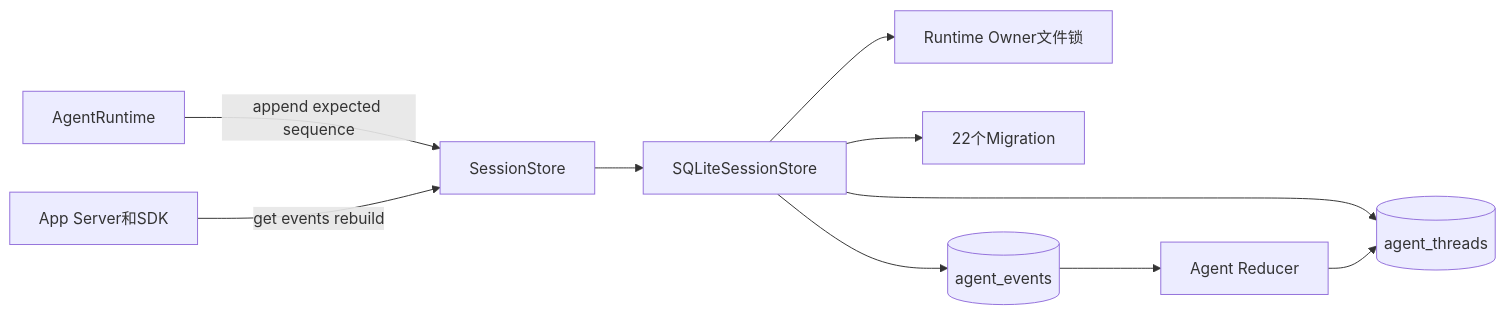
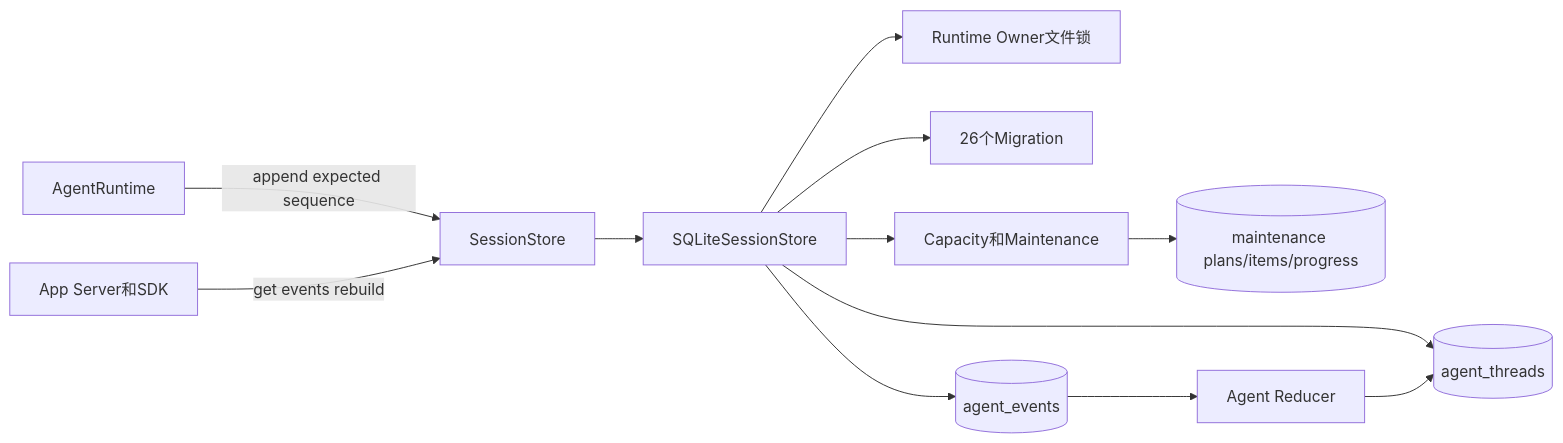
One commit to carrie1988/Harnessix changed the first of 9 diagrams in docs/modules/session.md. Above: the diagram before and after it, drawn with Mermaid. The commit also changed other lines of this file and 16 other files, not shown here.

````diff
--- a/docs/modules/session.md
+++ b/docs/modules/session.md
@@ -102,12 +105,14 @@
 ```mermaid
 flowchart LR
     Runtime[AgentRuntime] -->|append expected sequence| Port[SessionStore]
     App[App Server和SDK] -->|get events rebuild| Port
     Port --> SQLite[SQLiteSessionStore]
     SQLite --> Lock[Runtime Owner文件锁]
-    SQLite --> Migration[22个Migration]
+    SQLite --> Migration[26个Migration]
     SQLite --> Events[(agent_events)]
     SQLite --> Snapshot[(agent_threads)]
+    SQLite --> Maintenance[Capacity和Maintenance]
+    Maintenance --> Plan[(maintenance plans/items/progress)]
     Events --> Reducer[Agent Reducer]
     Reducer --> Snapshot
 ```
````
